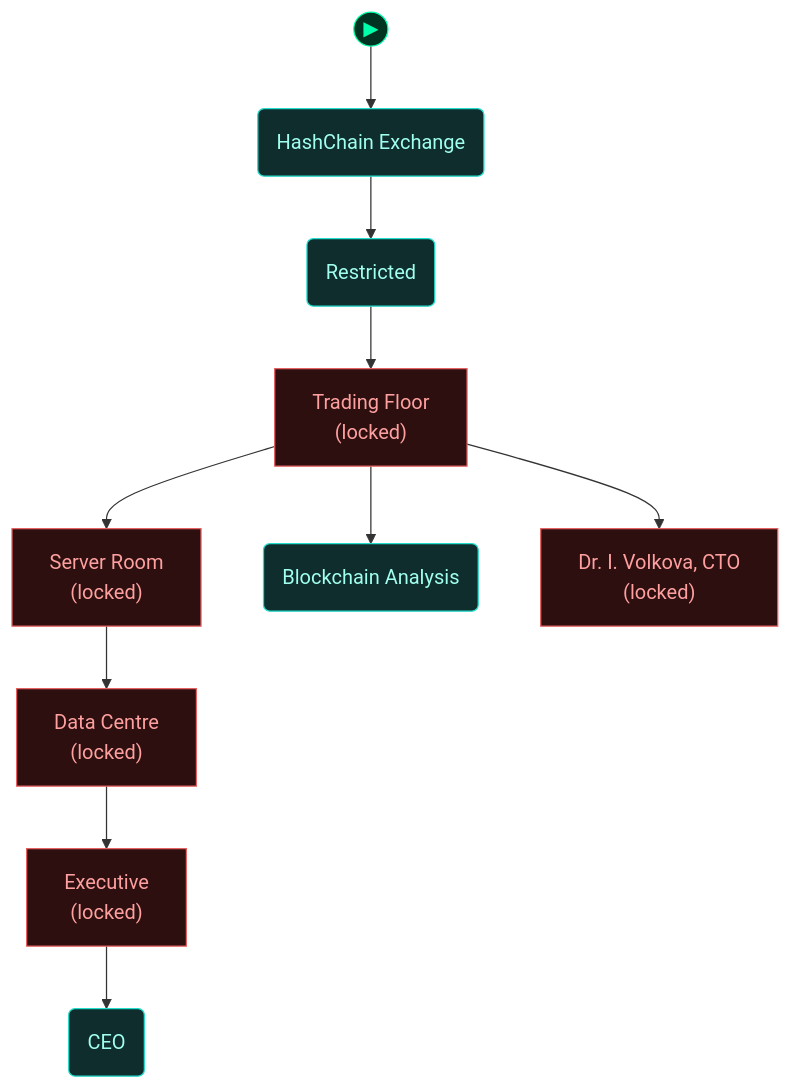
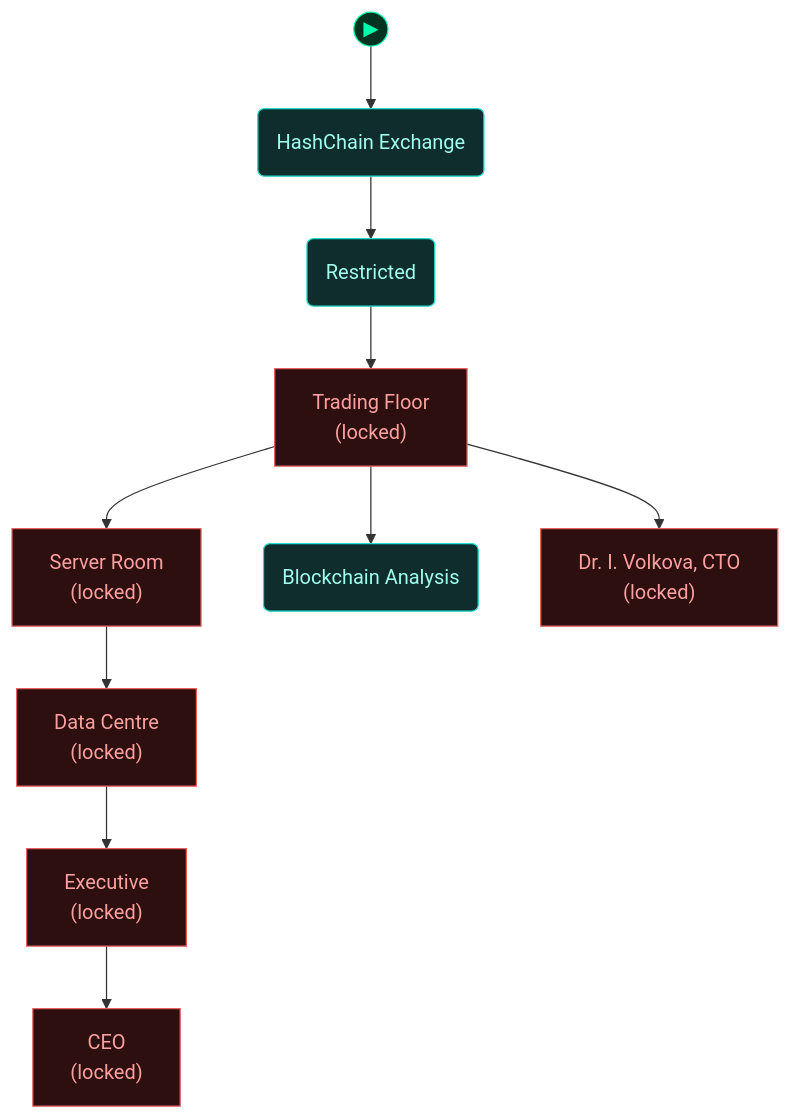
One commit to cliffe/BreakEscape changed the fourth of 5 diagrams in scenarios/m06_follow_the_money/dungeon_graph.md. Above: the diagram before and after it, drawn with Mermaid. The commit also changed other lines of this file and 31 other files, not shown here.

Commit message:
m06 pass 5, alignment round 2: Satoshi's door locked with Kemal holding the key (talk, pick in his blind window, or KO for the key), per-cause cover-strain texts, debrief opens at HQ, debrief/credits/Satoshi agree on minder and Irina outcomes, routes r7-r13

````diff
--- a/scenarios/m06_follow_the_money/dungeon_graph.md
+++ b/scenarios/m06_follow_the_money/dungeon_graph.md
@@ -415,44 +429,44 @@
 ```mermaid
 flowchart TD
 
   classDef room      fill:#0f2d2d,stroke:#22ddcc,color:#a0ffee
   classDef lock      fill:#2d0f0f,stroke:#e66060,color:#ffa0a0
   classDef key       fill:#2d0812,stroke:#e66060,color:#ffa0a0
   classDef item      fill:#2d1200,stroke:#e89030,color:#ffcc80
   classDef gate      fill:#111,stroke:#666,color:#eee
   classDef vm        fill:#0c1f40,stroke:#4a90d9,color:#a0c8ff
   classDef flag      fill:#1a0c2d,stroke:#9060d0,color:#cc99ff
   classDef action    fill:#1a1200,stroke:#cc9922,color:#ffee88
   classDef aim       fill:#0d2a0d,stroke:#44cc44,color:#88ff88
   classDef aim_gate  fill:#111111,stroke:#44cc44,color:#44cc44
   classDef container fill:#1a2d1a,stroke:#60b060,color:#a0e0a0
   classDef npc       fill:#2d1f0d,stroke:#d0a050,color:#ffe0a0
   classDef critical  fill:#2a1500,stroke:#ffaa00,color:#ffdd88
   classDef start     fill:#003322,stroke:#00ffaa,color:#00ffaa
 
   node_start(("▶"))
   node_start --> reception_lobby
 
   reception_lobby("HashChain Exchange")
   security_checkpoint("Restricted")
   trading_floor["Trading Floor<br/>(locked)"]
   server_room["Server Room<br/>(locked)"]
   data_center["Data Centre<br/>(locked)"]
   blockchain_lab("Blockchain Analysis")
   irina_office["Dr. I. Volkova, CTO<br/>(locked)"]
   executive_wing["Executive<br/>(locked)"]
-  satoshi_office("CEO")
+  satoshi_office["CEO<br/>(locked)"]
 
   reception_lobby --> security_checkpoint
   security_checkpoint --> trading_floor
   trading_floor --> server_room
   trading_floor --> blockchain_lab
   trading_floor --> irina_office
   server_room --> data_center
   data_center --> executive_wing
   executive_wing --> satoshi_office
 
-  class reception_lobby,security_checkpoint,blockchain_lab,satoshi_office room
-  class trading_floor,server_room,data_center,irina_office,executive_wing lock
+  class reception_lobby,security_checkpoint,blockchain_lab room
+  class trading_floor,server_room,data_center,irina_office,executive_wing,satoshi_office lock
   class node_start start
 ```
````
